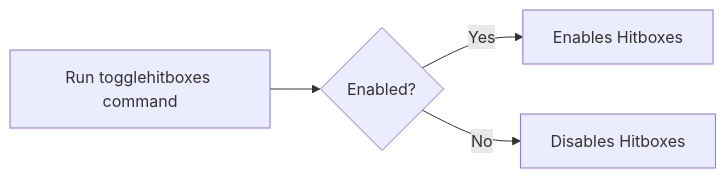
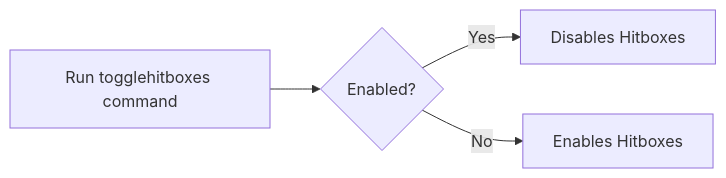
Before and after one commit to coldfleris/DebugInCommands: the diagram in README.md, drawn with Mermaid.

Commit message:
fix README.md again... (hopefully for the final time until new features are added)

````diff
--- a/README.md
+++ b/README.md
@@ -19,6 +19,6 @@
 ```mermaid
 graph LR
     A[Run togglehitboxes command] --> B{Enabled?}
-    B -- Yes --> C[Enables Hitboxes]
-    B -- No --> D[Disables Hitboxes]
+    B -- Yes --> C[Disables Hitboxes]
+    B -- No --> D[Enables Hitboxes]
 ```
````
